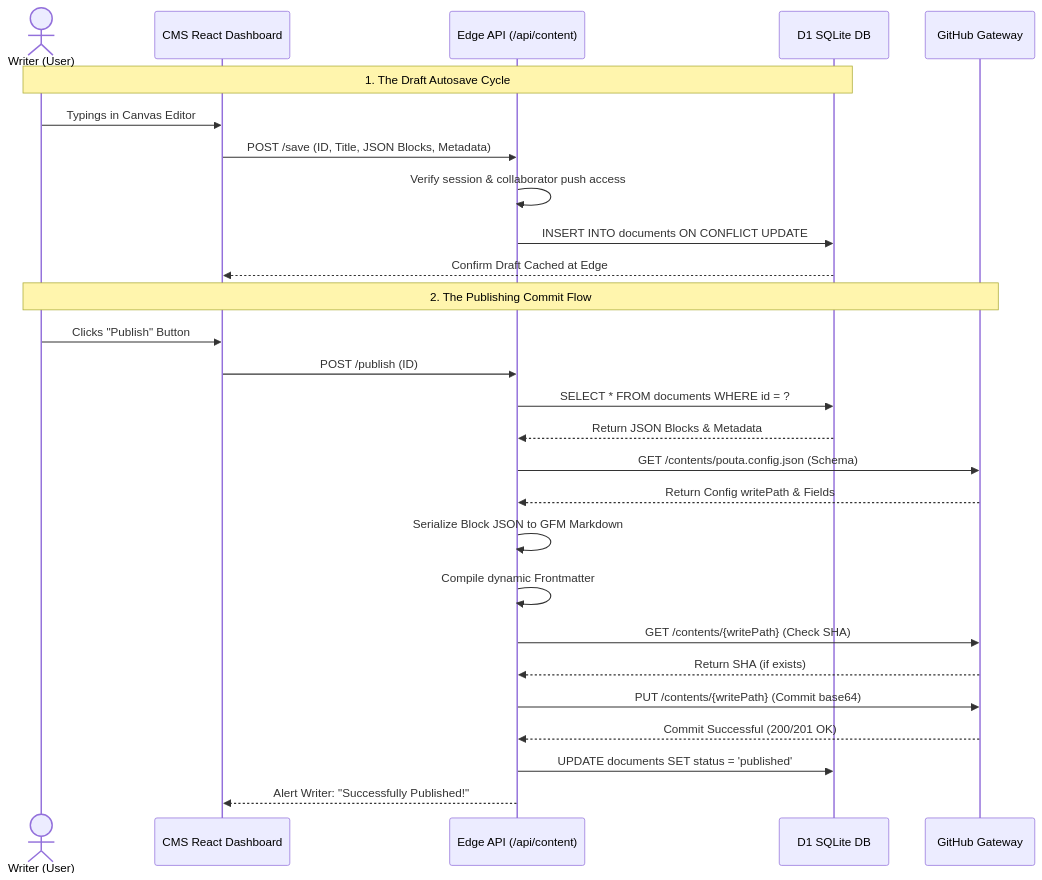
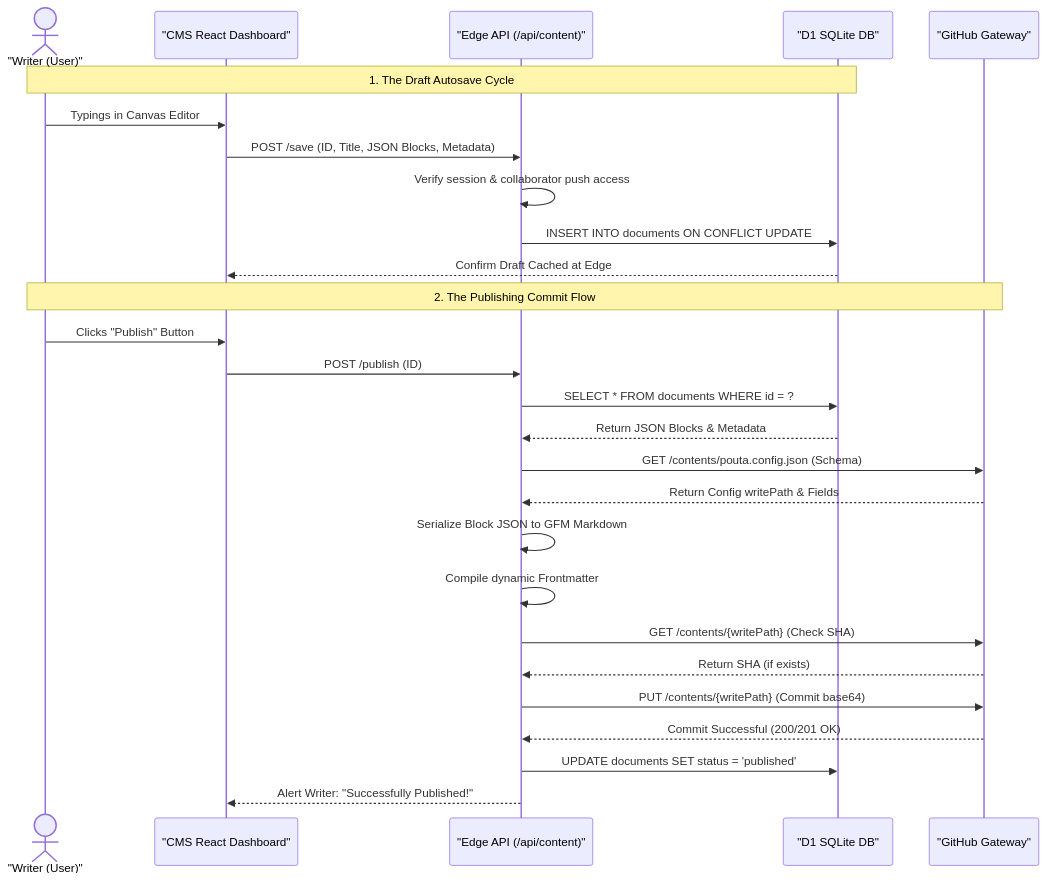
One commit to pouta-cms/cms changed the fifth of 7 diagrams in ARCHITECTURE.md. Above: the diagram before and after it, drawn with Mermaid. The commit also changed other lines of this file, not shown here.

Commit message:
docs: update ARCHITECTURE.md with Workers AI pipelines, Paywall Gate (#11)

````diff
--- a/ARCHITECTURE.md
+++ b/ARCHITECTURE.md
@@ -298,31 +298,31 @@
 ```mermaid
 sequenceDiagram
-    actor Writer as Writer (User)
-    participant UI as CMS React Dashboard
-    participant API as Edge API (/api/content)
-    participant D1 as D1 SQLite DB
-    participant GH as GitHub Gateway
+    actor Writer as "Writer (User)"
+    participant UI as "CMS React Dashboard"
+    participant API as "Edge API (/api/content)"
+    participant D1 as "D1 SQLite DB"
+    participant GH as "GitHub Gateway"
 
     Note over Writer, D1: 1. The Draft Autosave Cycle
     Writer->>UI: Typings in Canvas Editor
     UI->>API: POST /save (ID, Title, JSON Blocks, Metadata)
     API->>API: Verify session & collaborator push access
     API->>D1: INSERT INTO documents ON CONFLICT UPDATE
     D1-->>UI: Confirm Draft Cached at Edge
     
     Note over Writer, GH: 2. The Publishing Commit Flow
     Writer->>UI: Clicks "Publish" Button
     UI->>API: POST /publish (ID)
     API->>D1: SELECT * FROM documents WHERE id = ?
     D1-->>API: Return JSON Blocks & Metadata
     API->>GH: GET /contents/pouta.config.json (Schema)
     GH-->>API: Return Config writePath & Fields
     API->>API: Serialize Block JSON to GFM Markdown
     API->>API: Compile dynamic Frontmatter
     API->>GH: GET /contents/{writePath} (Check SHA)
     GH-->>API: Return SHA (if exists)
     API->>GH: PUT /contents/{writePath} (Commit base64)
     GH-->>API: Commit Successful (200/201 OK)
     API->>D1: UPDATE documents SET status = 'published'
     API-->>UI: Alert Writer: "Successfully Published!"
 ```
````
